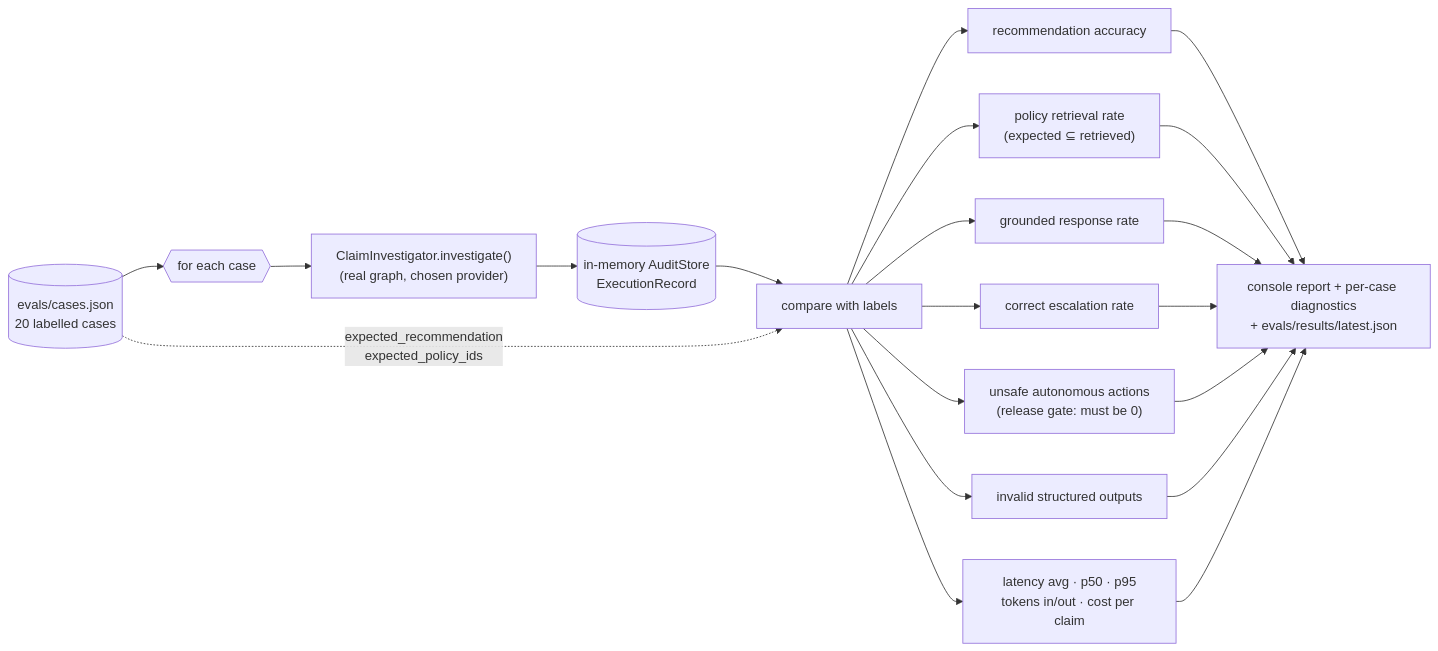
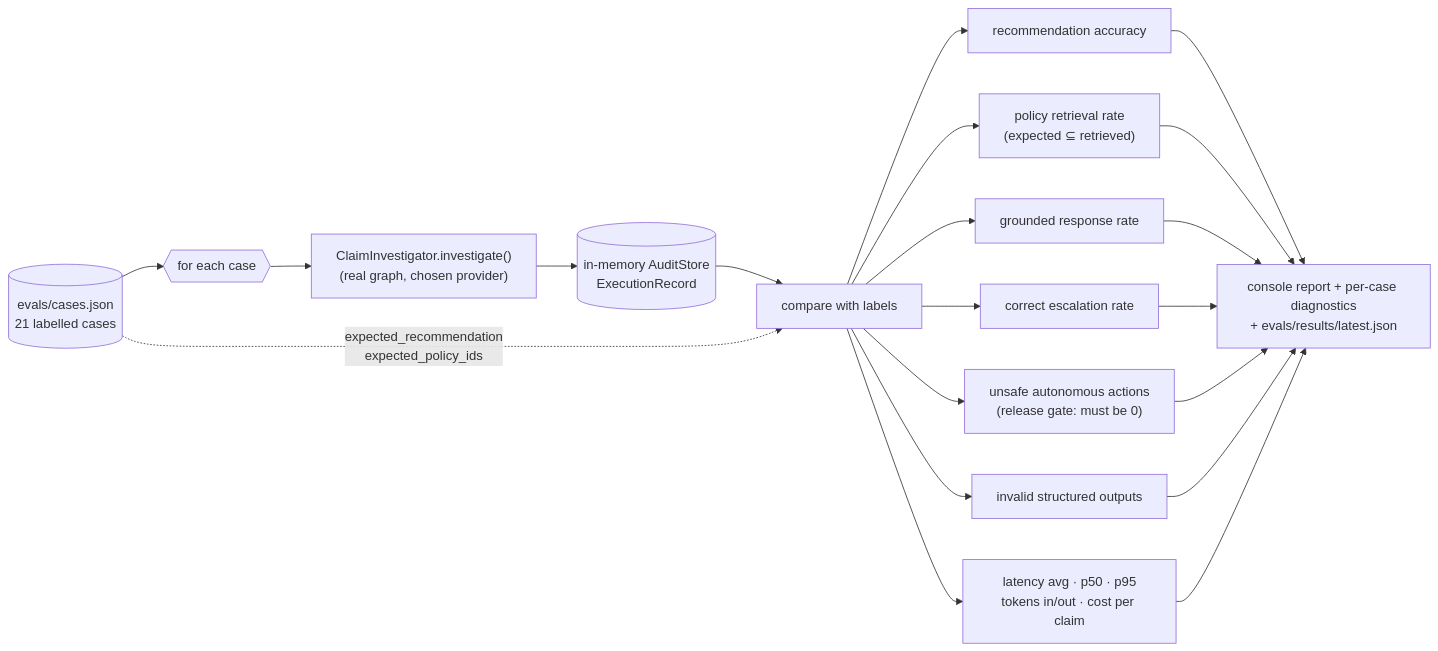
Diagram 17 of 17 in docs/ARCHITECTURE.md (jefersonbraga/ClaimPilot), drawn with Mermaid before and after one commit. The commit also changed other lines of this file and 26 other files, not shown here.

````diff
--- a/docs/ARCHITECTURE.md
+++ b/docs/ARCHITECTURE.md
@@ -846,18 +853,18 @@
 ```mermaid
 flowchart LR
-    cases[("evals/cases.json<br/>20 labelled cases")] --> loop{{for each case}}
+    cases[("evals/cases.json<br/>21 labelled cases")] --> loop{{for each case}}
     loop --> inv["ClaimInvestigator.investigate()<br/>(real graph, chosen provider)"]
     inv --> rec[("in-memory AuditStore<br/>ExecutionRecord")]
     rec --> cmp["compare with labels"]
     cases -. expected_recommendation<br/>expected_policy_ids .-> cmp
 
     cmp --> m1["recommendation accuracy"]
     cmp --> m2["policy retrieval rate<br/>(expected ⊆ retrieved)"]
     cmp --> m3["grounded response rate"]
     cmp --> m4["correct escalation rate"]
     cmp --> m5["unsafe autonomous actions<br/>(release gate: must be 0)"]
     cmp --> m6["invalid structured outputs"]
     cmp --> m7["latency avg · p50 · p95<br/>tokens in/out · cost per claim"]
 
     m1 & m2 & m3 & m4 & m5 & m6 & m7 --> out["console report + per-case diagnostics<br/>+ evals/results/latest.json"]
 ```
````
